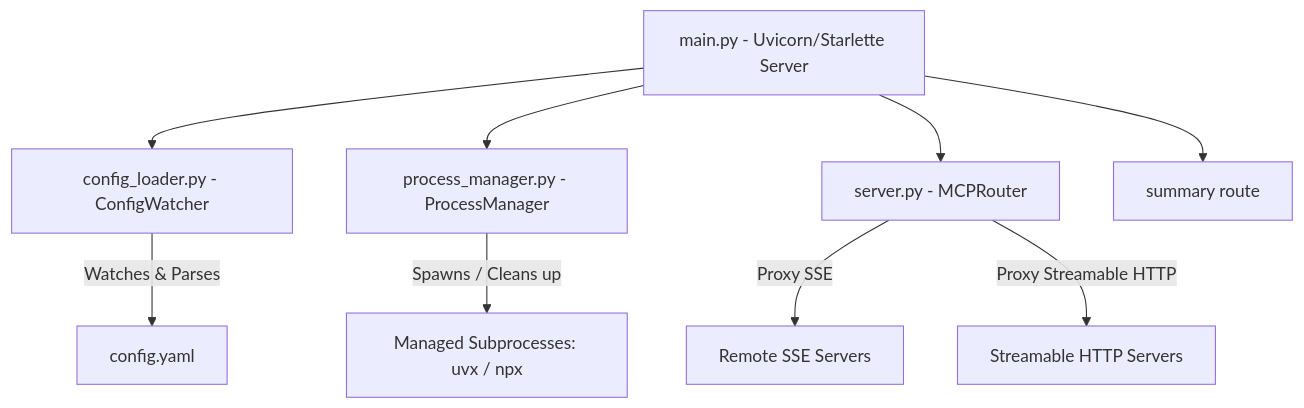
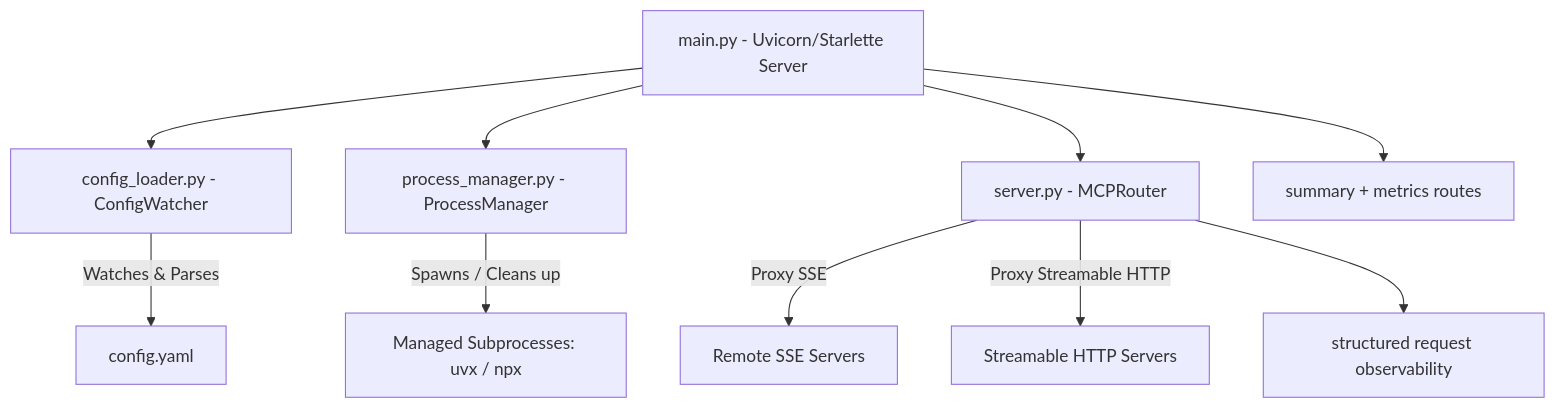
Before and after one commit to fvanevski/mcp-mux-2.0-dev: the diagram in README.md, drawn with Mermaid. The commit also changed other lines of this file and 34 other files, not shown here.

````diff
--- a/README.md
+++ b/README.md
@@ -28,11 +29,12 @@
 ```mermaid
 graph TD
     A[main.py - Uvicorn/Starlette Server] --> B[config_loader.py - ConfigWatcher]
     B -->|Watches & Parses| C[config.yaml]
     A --> D[process_manager.py - ProcessManager]
     D -->|Spawns / Cleans up| E[Managed Subprocesses: uvx / npx]
     A --> F[server.py - MCPRouter]
     F -->|Proxy SSE| G[Remote SSE Servers]
     F -->|Proxy Streamable HTTP| H[Streamable HTTP Servers]
-    A --> I[summary route]
+    A --> I[summary + metrics routes]
+    F --> J[structured request observability]
 ```
````
